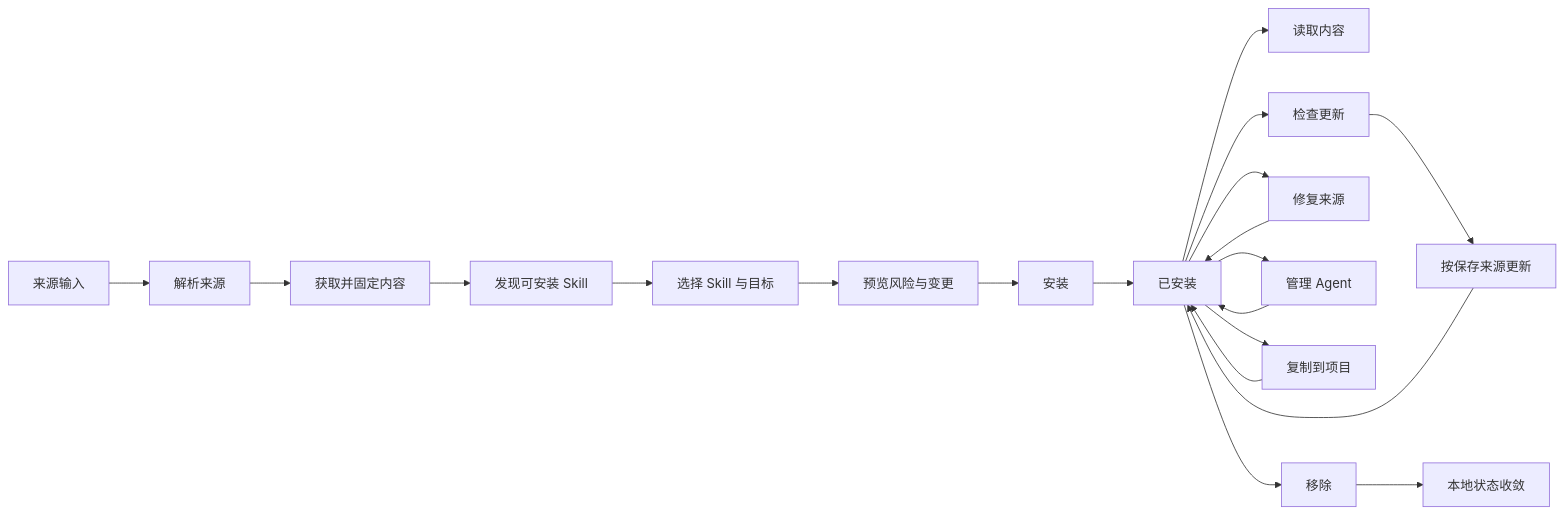
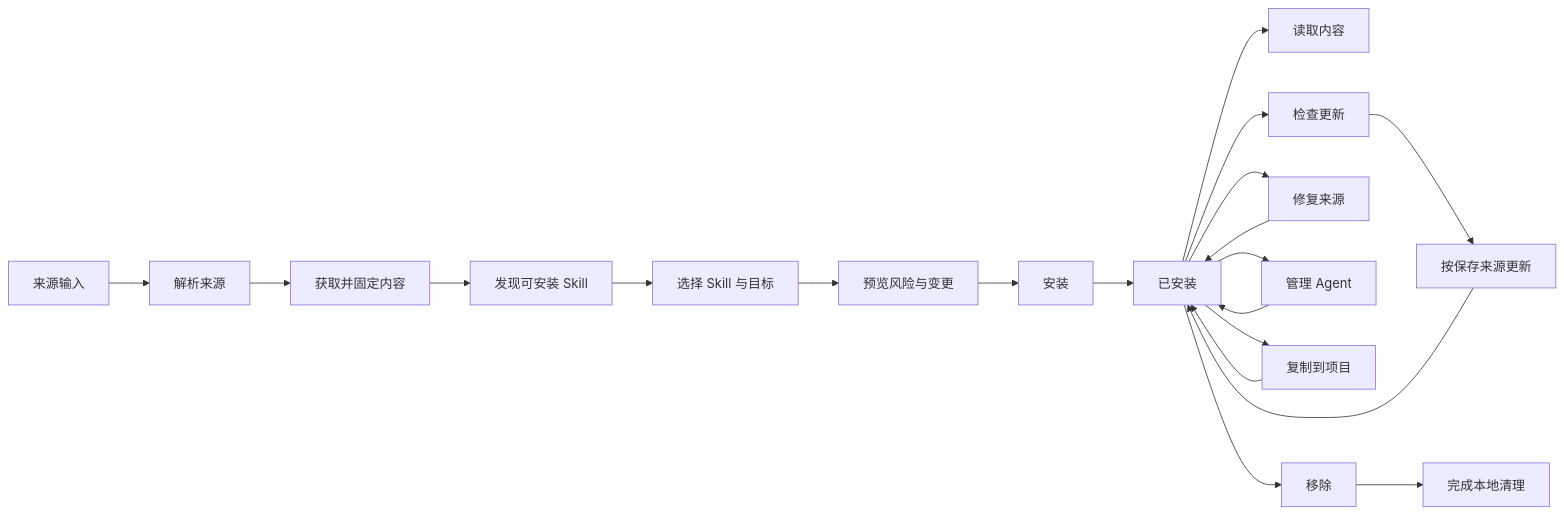
Before and after one commit to Hccake/skill-deck: the diagram in docs/skill-lifecycle.md, drawn with Mermaid. The commit also changed other lines of this file and 3 other files, not shown here.

````diff
--- a/docs/skill-lifecycle.md
+++ b/docs/skill-lifecycle.md
@@ -7,24 +7,24 @@
 ```mermaid
 flowchart LR
     Input["来源输入"] --> Parse["解析来源"]
     Parse --> Acquire["获取并固定内容"]
     Acquire --> Discover["发现可安装 Skill"]
     Discover --> Select["选择 Skill 与目标"]
     Select --> Preview["预览风险与变更"]
     Preview --> Install["安装"]
     Install --> Installed["已安装"]
 
     Installed --> Read["读取内容"]
     Installed --> Check["检查更新"]
     Check --> Update["按保存来源更新"]
     Installed --> Repair["修复来源"]
     Installed --> Manage["管理 Agent"]
     Installed --> Copy["复制到项目"]
     Installed --> Remove["移除"]
 
     Update --> Installed
     Repair --> Installed
     Manage --> Installed
     Copy --> Installed
-    Remove --> End["本地状态收敛"]
+    Remove --> End["完成本地清理"]
 ```
````
